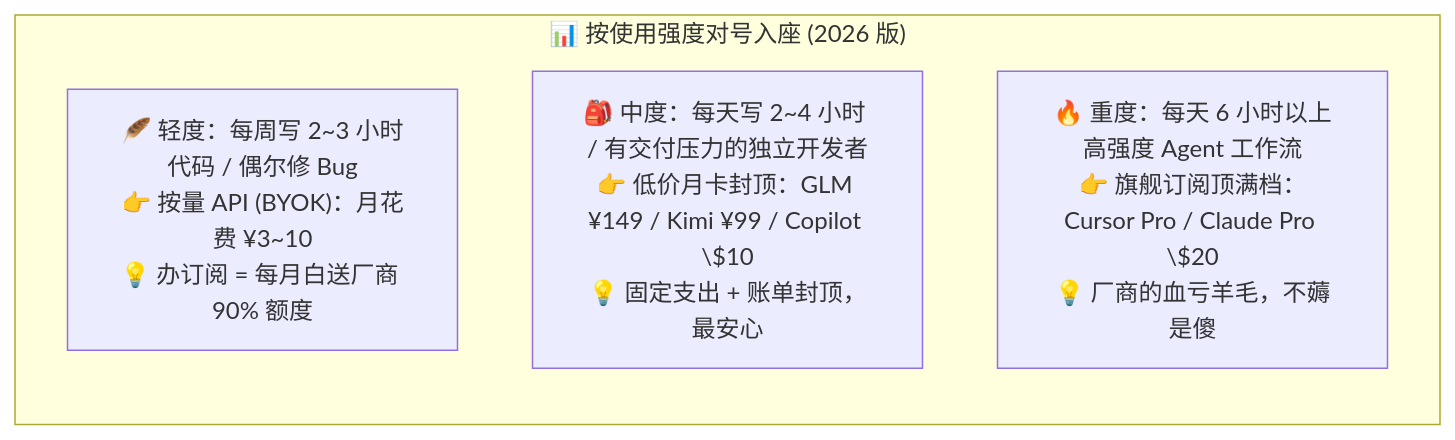
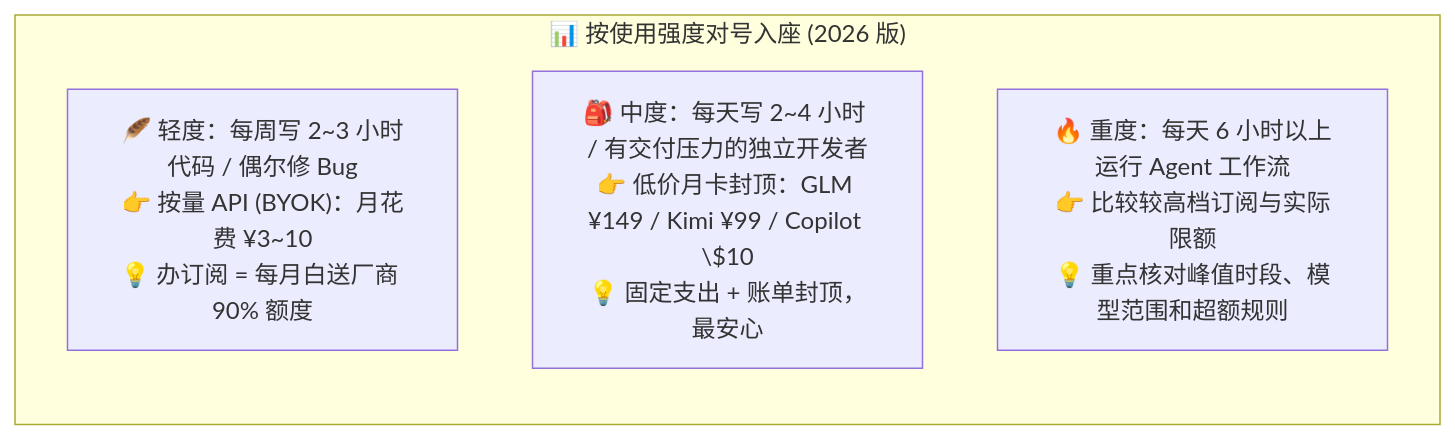
The first of 4 diagrams in 14_如何正确的使用agent工具/03_到底需不需要订阅CodingPlan和AgentPlan.md (buffer121328/vibe-coding-and-agents), drawn with Mermaid before and after one commit. The commit also changed other lines of this file and 147 other files, not shown here.

````diff
--- a/14_如何正确的使用agent工具/03_到底需不需要订阅CodingPlan和AgentPlan.md
+++ b/14_如何正确的使用agent工具/03_到底需不需要订阅CodingPlan和AgentPlan.md
@@ -18,9 +18,9 @@
 ```mermaid
 flowchart TD
     subgraph Intensity ["📊 按使用强度对号入座 (2026 版)"]
         direction TB
         T1["🪶 轻度：每周写 2~3 小时代码 / 偶尔修 Bug<br/>👉 按量 API (BYOK)：月花费 ¥3~10<br/>💡 办订阅 = 每月白送厂商 90% 额度"]
         T2["🎒 中度：每天写 2~4 小时 / 有交付压力的独立开发者<br/>👉 低价月卡封顶：GLM ¥149 / Kimi ¥99 / Copilot \$10<br/>💡 固定支出 + 账单封顶，最安心"]
-        T3["🔥 重度：每天 6 小时以上高强度 Agent 工作流<br/>👉 旗舰订阅顶满档：Cursor Pro / Claude Pro \$20<br/>💡 厂商的血亏羊毛，不薅是傻"]
+        T3["🔥 重度：每天 6 小时以上运行 Agent 工作流<br/>👉 比较较高档订阅与实际限额<br/>💡 重点核对峰值时段、模型范围和超额规则"]
     end
 ```
````
